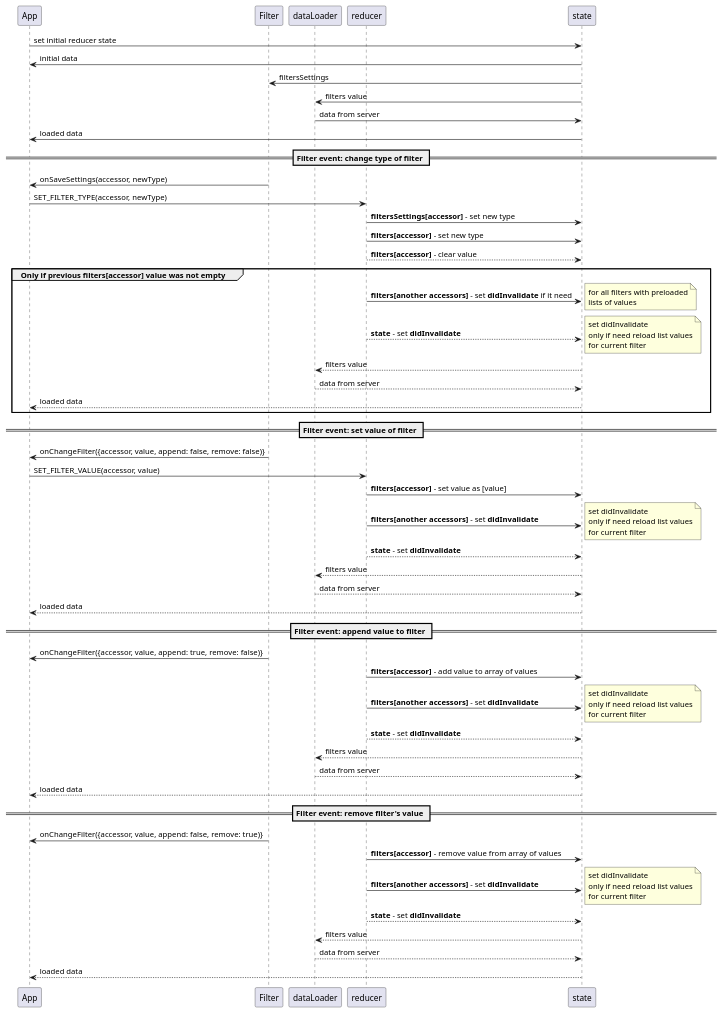
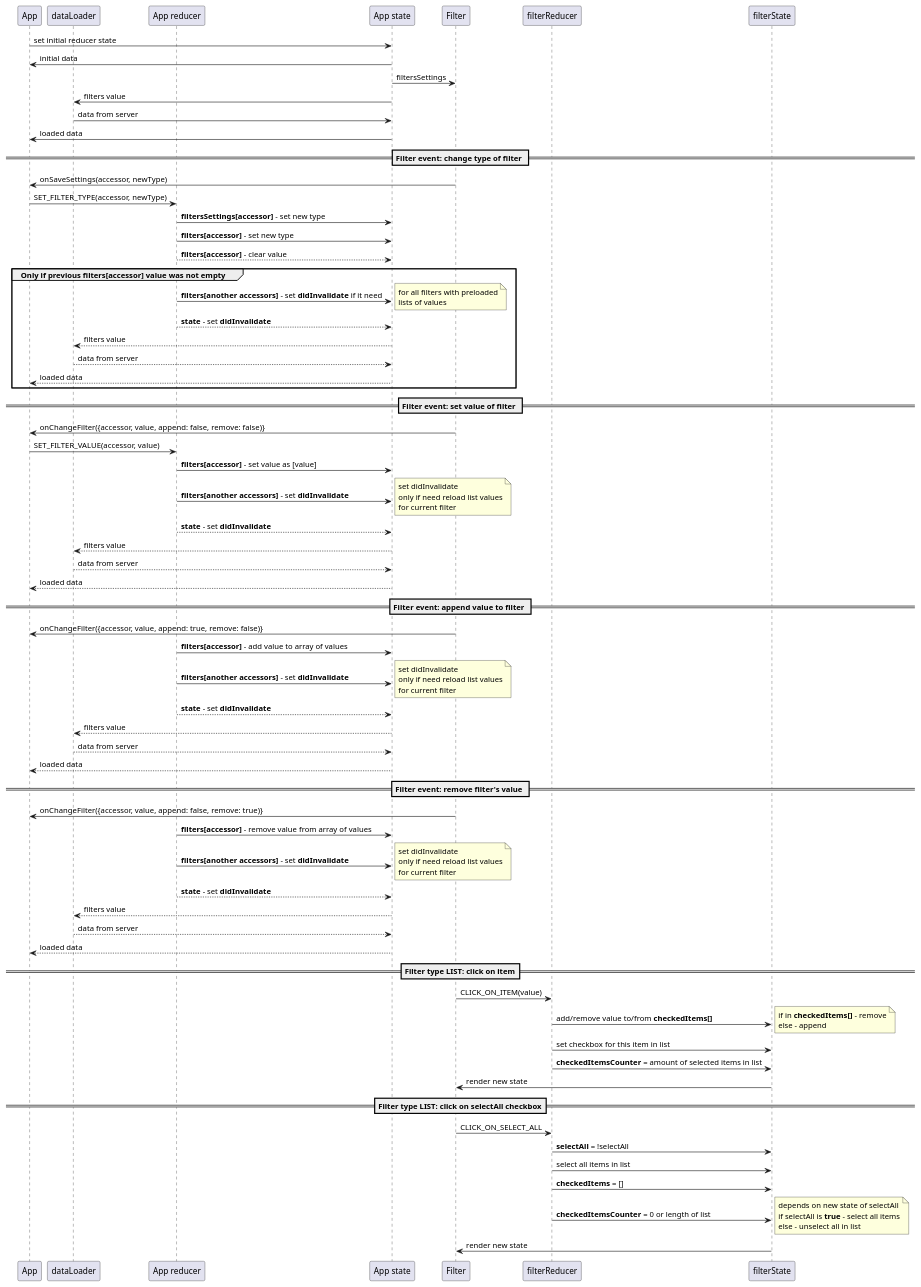
One commit to Maximus905/ReactBootstrap4Table changed the diagram in diagrams/FiltersWorkingsAndEvents.puml. Above: the diagram before and after it, drawn with PlantUML. The commit also changed 13 other files, not shown here.

```diff
--- a/diagrams/FiltersWorkingsAndEvents.puml
+++ b/diagrams/FiltersWorkingsAndEvents.puml
@@ -1,81 +1,101 @@
 @startuml
 participant App
+participant dataLoader
+participant "App reducer" as reducer
+participant "App state" as state
 participant Filter
-participant dataLoader
-participant reducer
-participant state
+participant "filterReducer" as fReducer
+participant "filterState" as fState
 
 App -> state: set initial reducer state
 state -> App: initial data
 Filter <- state: filtersSettings
 dataLoader <- state: filters value
 dataLoader -> state: data from server
 state -> App: loaded data
 
 == Filter event: change type of filter ==
 Filter -> App: onSaveSettings(accessor, newType)
 App -> reducer: SET_FILTER_TYPE(accessor, newType)
 reducer ->state: **filtersSettings[accessor]** - set new type
 reducer -> state: **filters[accessor]** - set new type
 reducer --> state: **filters[accessor]** - clear value
 group Only if previous filters[accessor] value was not empty
     reducer -> state: **filters[another accessors]** - set **didInvalidate** if it need
     note right
             for all filters with preloaded
             lists of values
     end note
     reducer --> state: **state** - set **didInvalidate**
-        note right
-            set didInvalidate
-            only if need reload list values
-            for current filter
-        end note
     dataLoader <-- state: filters value
     dataLoader --> state: data from server
     state --> App: loaded data
 end
 
 == Filter event: set value of filter ==
 Filter -> App: onChangeFilter({accessor, value, append: false, remove: false)}
 App -> reducer: SET_FILTER_VALUE(accessor, value)
 reducer -> state: **filters[accessor]** - set value as [value]
 reducer -> state: **filters[another accessors]** - set **didInvalidate**
     note right
         set didInvalidate
         only if need reload list values
         for current filter
     end note
 reducer --> state: **state** - set **didInvalidate**
 dataLoader <-- state: filters value
 dataLoader --> state: data from server
 state --> App: loaded data
 
 == Filter event: append value to filter ==
 Filter -> App: onChangeFilter({accessor, value, append: true, remove: false)}
 reducer -> state: **filters[accessor]** - add value to array of values
 reducer -> state: **filters[another accessors]** - set **didInvalidate**
     note right
         set didInvalidate
         only if need reload list values
         for current filter
     end note
 reducer --> state: **state** - set **didInvalidate**
 dataLoader <-- state: filters value
 dataLoader --> state: data from server
 state --> App: loaded data
 
 == Filter event: remove filter's value ==
 Filter -> App: onChangeFilter({accessor, value, append: false, remove: true)}
 reducer -> state: **filters[accessor]** - remove value from array of values
 reducer -> state: **filters[another accessors]** - set **didInvalidate**
     note right
         set didInvalidate
         only if need reload list values
         for current filter
     end note
 reducer --> state: **state** - set **didInvalidate**
 dataLoader <-- state: filters value
 dataLoader --> state: data from server
 state --> App: loaded data
 
+==Filter type LIST: click on item==
+Filter -> fReducer: CLICK_ON_ITEM(value)
+fReducer -> fState: add/remove value to/from **checkedItems[]**
+    note right
+        if in **checkedItems[]** - remove
+        else - append
+    end note
+fReducer -> fState: set checkbox for this item in list
+fReducer -> fState: **checkedItemsCounter** = amount of selected items in list
+Filter <- fState: render new state
+
+==Filter type LIST: click on selectAll checkbox==
+Filter -> fReducer: CLICK_ON_SELECT_ALL
+fReducer -> fState: **selectAll** = !selectAll
+fReducer -> fState: select all items in list
+fReducer -> fState: **checkedItems** = []
+fReducer -> fState: **checkedItemsCounter** = 0 or length of list
+    note right
+        depends on new state of selectAll
+        if selectAll is **true** - select all items
+        else - unselect all in list
+    end note
+Filter <- fState: render new state
 @enduml
```
